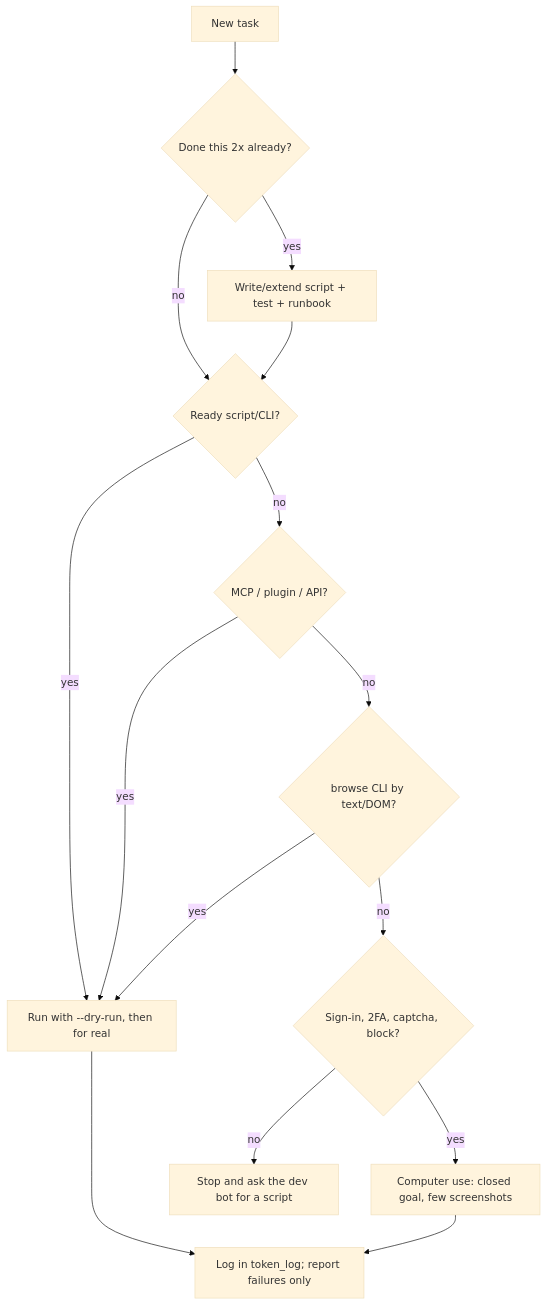
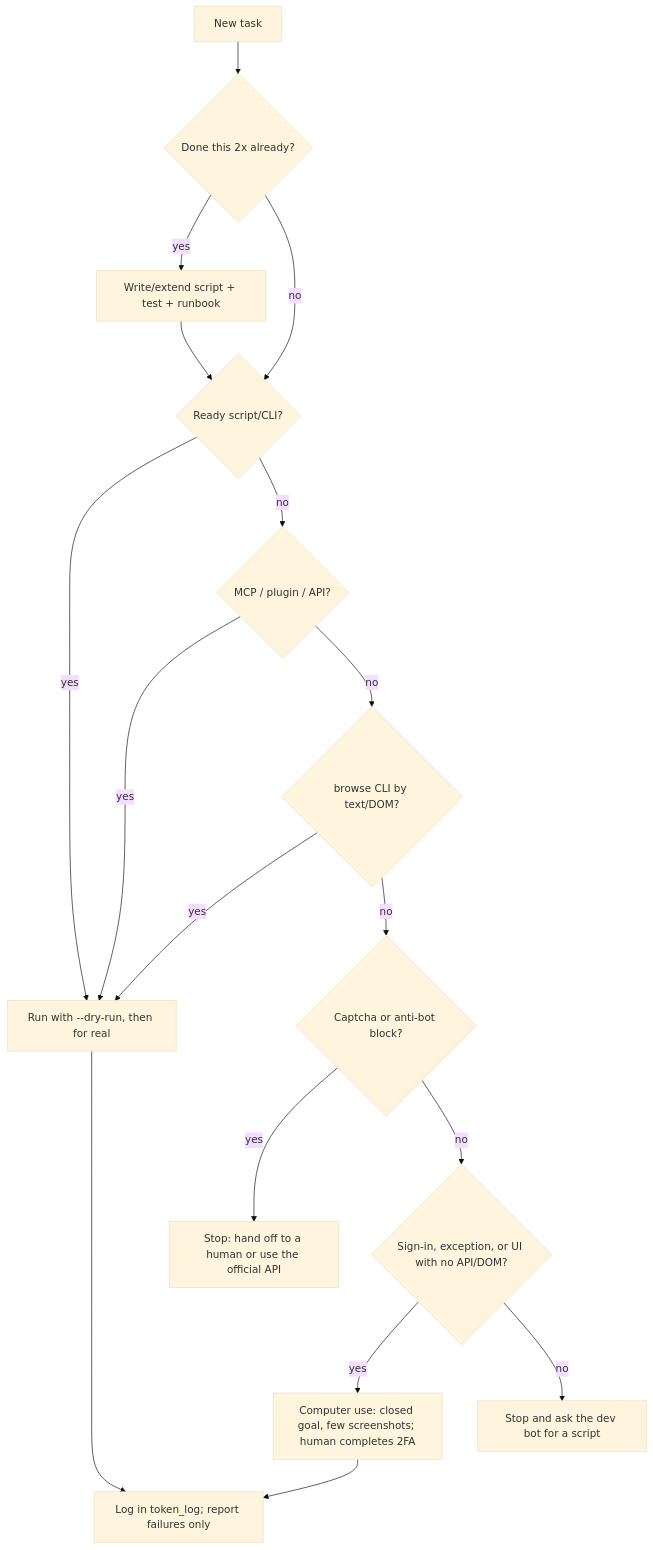
The diagram in SKILL.md (wesleysimplicio/grokbot-economy), drawn with Mermaid (base theme) before and after one commit. The commit also changed other lines of this file and 17 other files, not shown here.

Commit message:
Resolve captcha ambiguity: captcha/anti-bot block means stop and hand off to a human or use the official API; computer use never defeats a block

````diff
--- a/SKILL.md
+++ b/SKILL.md
@@ -184,17 +187,19 @@
 ```mermaid
 flowchart TD
   A[New task] --> B{Done this 2x already?}
   B -- yes --> S[Write/extend script + test + runbook]
   B -- no --> C{Ready script/CLI?}
   S --> C
   C -- yes --> R[Run with --dry-run, then for real]
   C -- no --> D{MCP / plugin / API?}
   D -- yes --> R
   D -- no --> E{browse CLI by text/DOM?}
   E -- yes --> R
-  E -- no --> F{Sign-in, 2FA, captcha, block?}
-  F -- yes --> G[Computer use: closed goal, few screenshots]
+  E -- no --> K{Captcha or anti-bot block?}
+  K -- yes --> HU[Stop: hand off to a human or use the official API]
+  K -- no --> F{Sign-in, exception, or UI with no API/DOM?}
+  F -- yes --> G[Computer use: closed goal, few screenshots; human completes 2FA]
   F -- no --> H[Stop and ask the dev bot for a script]
   R --> L[Log in token_log; report failures only]
   G --> L
 ```
````
